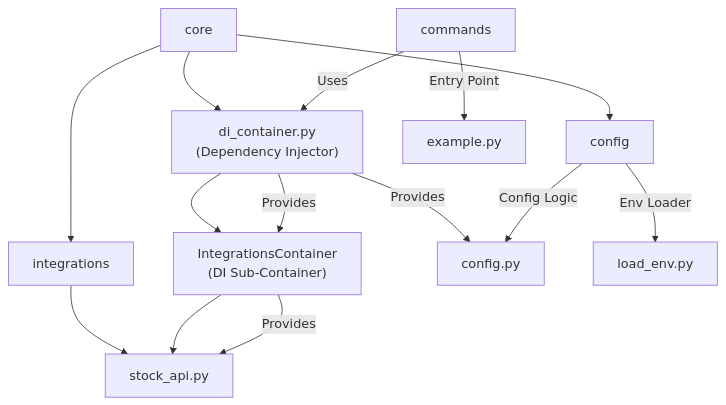
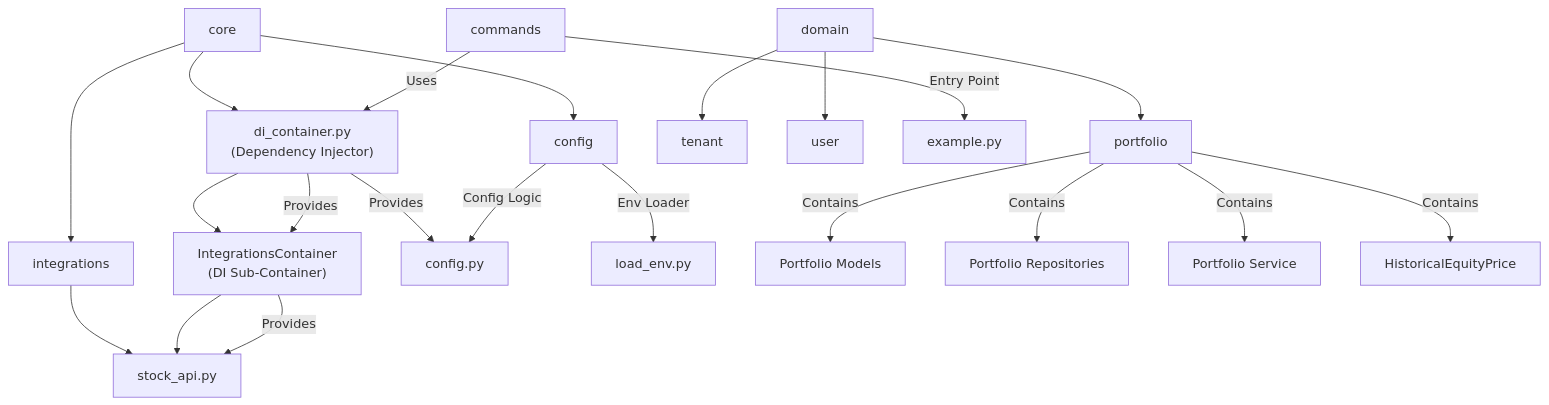
The diagram in docs/module_architecture.md (slmyers/portfolio_tracker), drawn with Mermaid before and after one commit. The commit also changed other lines of this file and 91 other files, not shown here.

First line of the commit message:
Domain/portfolio (#6)

````diff
--- a/docs/module_architecture.md
+++ b/docs/module_architecture.md
@@ -7,24 +7,36 @@
 ```mermaid
 graph TD
     A[core]
     A1[config]
     A2[integrations]
     S1[stock_api.py]
     IC["IntegrationsContainer<br/>(DI Sub-Container)"]
     DI["di_container.py<br/>(Dependency Injector)"]
     B[commands]
+    D[domain]
+    D1[portfolio]
+    D2[tenant]
+    D3[user]
     
     A --> A1
     A --> A2
     A2 --> S1
     A --> DI
     DI --> IC
     IC --> S1
     B -->|Entry Point| EX[example.py]
     B -->|Uses| DI
     DI -->|Provides| C1[config.py]
     DI -->|Provides| IC
     IC -->|Provides| S1[stock_api.py]
     A1 -->|Config Logic| C1[config.py]
     A1 -->|Env Loader| C2[load_env.py]
+    
+    D --> D1
+    D --> D2  
+    D --> D3
+    D1 -->|Contains| PM[Portfolio Models]
+    D1 -->|Contains| PR[Portfolio Repositories]
+    D1 -->|Contains| PS[Portfolio Service]
+    D1 -->|Contains| HEP[HistoricalEquityPrice]
 ```
````
